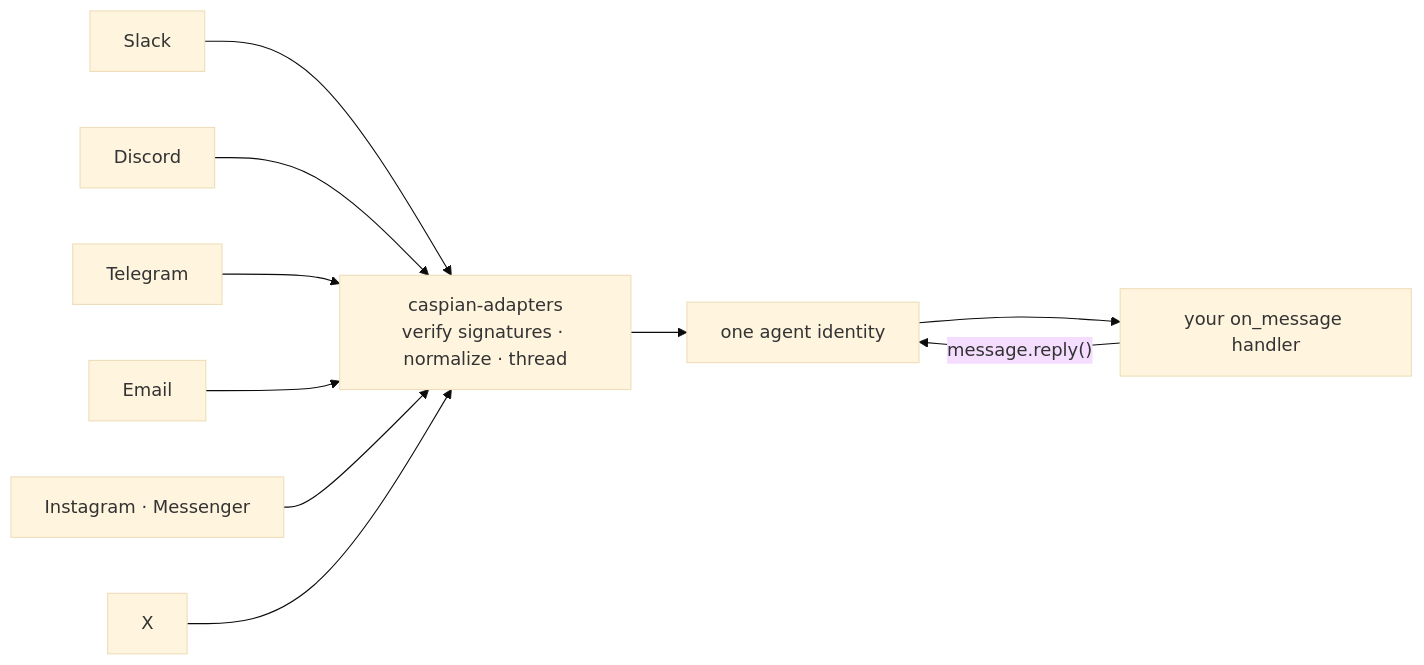
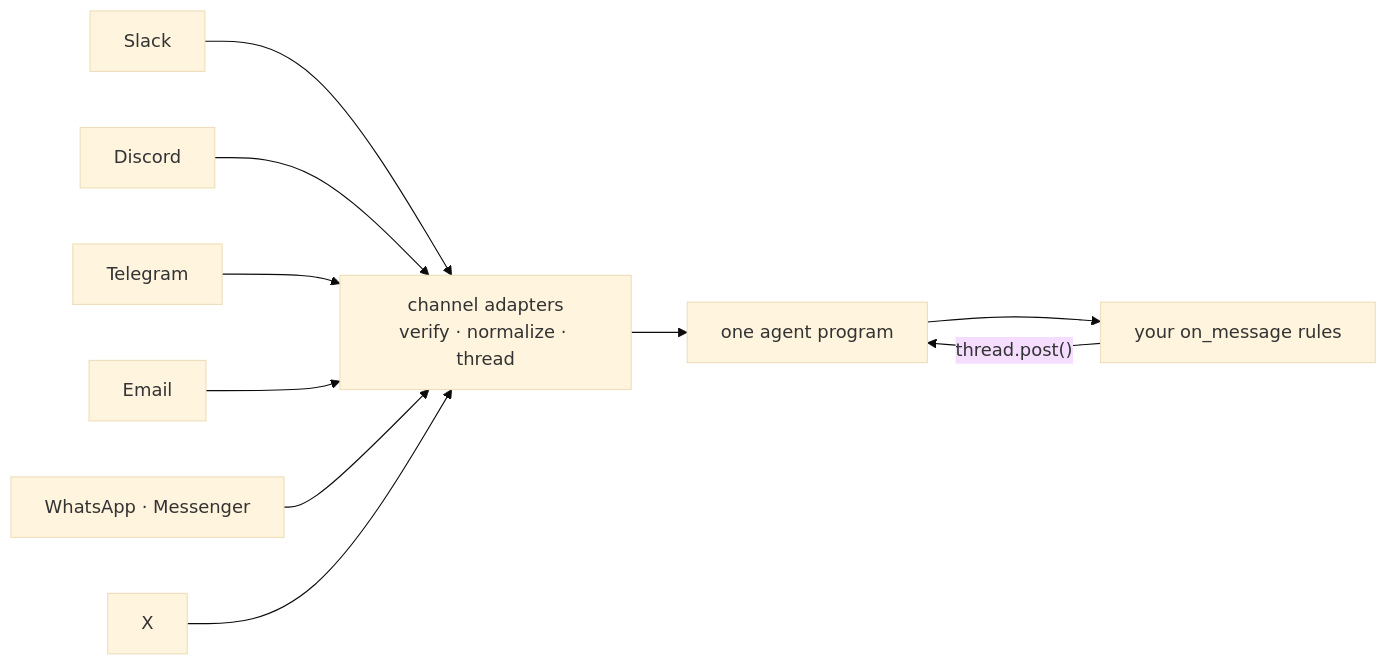
The diagram in README.md (TryCaspian/caspian-sdk), drawn with Mermaid (base theme) before and after one commit. The commit also changed other lines of this file and 1 other file, not shown here.

````diff
--- a/README.md
+++ b/README.md
@@ -179,12 +203,12 @@
 ```mermaid
 flowchart LR
     S[Slack] --> A
     D[Discord] --> A
     T[Telegram] --> A
     E[Email] --> A
-    M[Instagram · Messenger] --> A
+    W[WhatsApp · Messenger] --> A
     X[X] --> A
-    A["caspian-adapters<br/>verify signatures · normalize · thread"] --> I["one agent identity"]
-    I --> H["your on_message handler"]
-    H -->|"message.reply()"| I
+    A["channel adapters<br/>verify · normalize · thread"] --> I["one agent program"]
+    I --> H["your on_message rules"]
+    H -->|"thread.post()"| I
 ```
````
